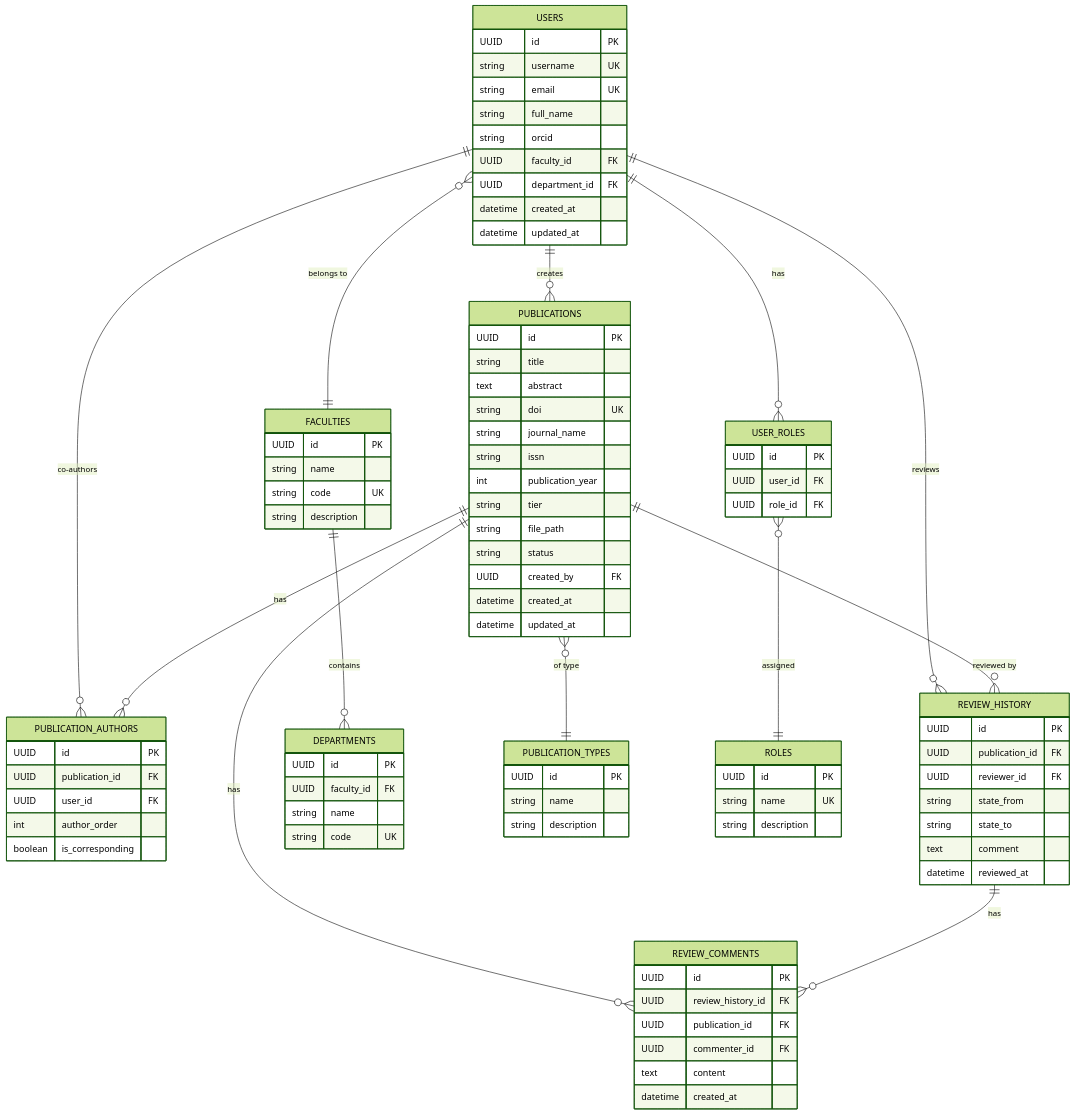
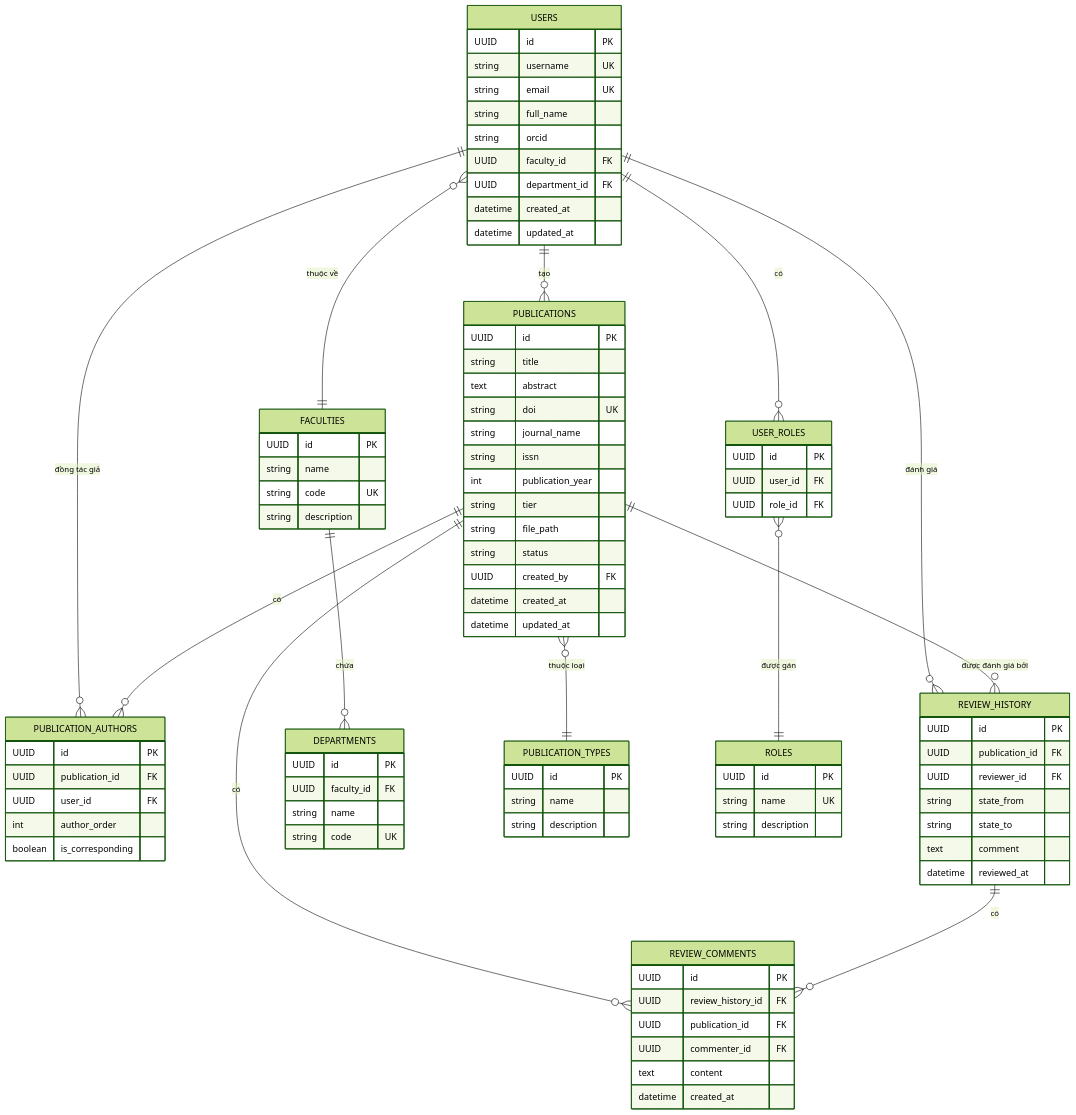
Before and after one commit to Ng0cTh4nhk5/ufpms-docs: the fourth of 4 diagrams in docs/08_Final_Documents/SDD_Software_Design_Document.md, drawn with Mermaid (forest theme). The commit also changed other lines of this file and 4 other files, not shown here.

Commit message:
docs: - fix lỗi render các diagrams

````diff
--- a/docs/08_Final_Documents/SDD_Software_Design_Document.md
+++ b/docs/08_Final_Documents/SDD_Software_Design_Document.md
@@ -682,20 +682,20 @@
 ```mermaid
 erDiagram
-    USERS ||--o{ PUBLICATIONS : "creates"
-    USERS ||--o{ PUBLICATION_AUTHORS : "co-authors"
-    USERS ||--o{ REVIEW_HISTORY : "reviews"
-    USERS }o--|| FACULTIES : "belongs to"
-    FACULTIES ||--o{ DEPARTMENTS : "contains"
+    USERS ||--o{ PUBLICATIONS : "tạo"
+    USERS ||--o{ PUBLICATION_AUTHORS : "đồng tác giả"
+    USERS ||--o{ REVIEW_HISTORY : "đánh giá"
+    USERS }o--|| FACULTIES : "thuộc về"
+    FACULTIES ||--o{ DEPARTMENTS : "chứa"
     
-    PUBLICATIONS ||--o{ PUBLICATION_AUTHORS : "has"
-    PUBLICATIONS ||--o{ REVIEW_HISTORY : "reviewed by"
-    PUBLICATIONS ||--o{ REVIEW_COMMENTS : "has"
-    PUBLICATIONS }o--|| PUBLICATION_TYPES : "of type"
+    PUBLICATIONS ||--o{ PUBLICATION_AUTHORS : "có"
+    PUBLICATIONS ||--o{ REVIEW_HISTORY : "được đánh giá bởi"
+    PUBLICATIONS ||--o{ REVIEW_COMMENTS : "có"
+    PUBLICATIONS }o--|| PUBLICATION_TYPES : "thuộc loại"
     
-    REVIEW_HISTORY ||--o{ REVIEW_COMMENTS : "has"
+    REVIEW_HISTORY ||--o{ REVIEW_COMMENTS : "có"
     
-    USERS ||--o{ USER_ROLES : "has"
-    USER_ROLES }o--|| ROLES : "assigned"
+    USERS ||--o{ USER_ROLES : "có"
+    USER_ROLES }o--|| ROLES : "được gán"
     
     USERS {
         UUID id PK
````
